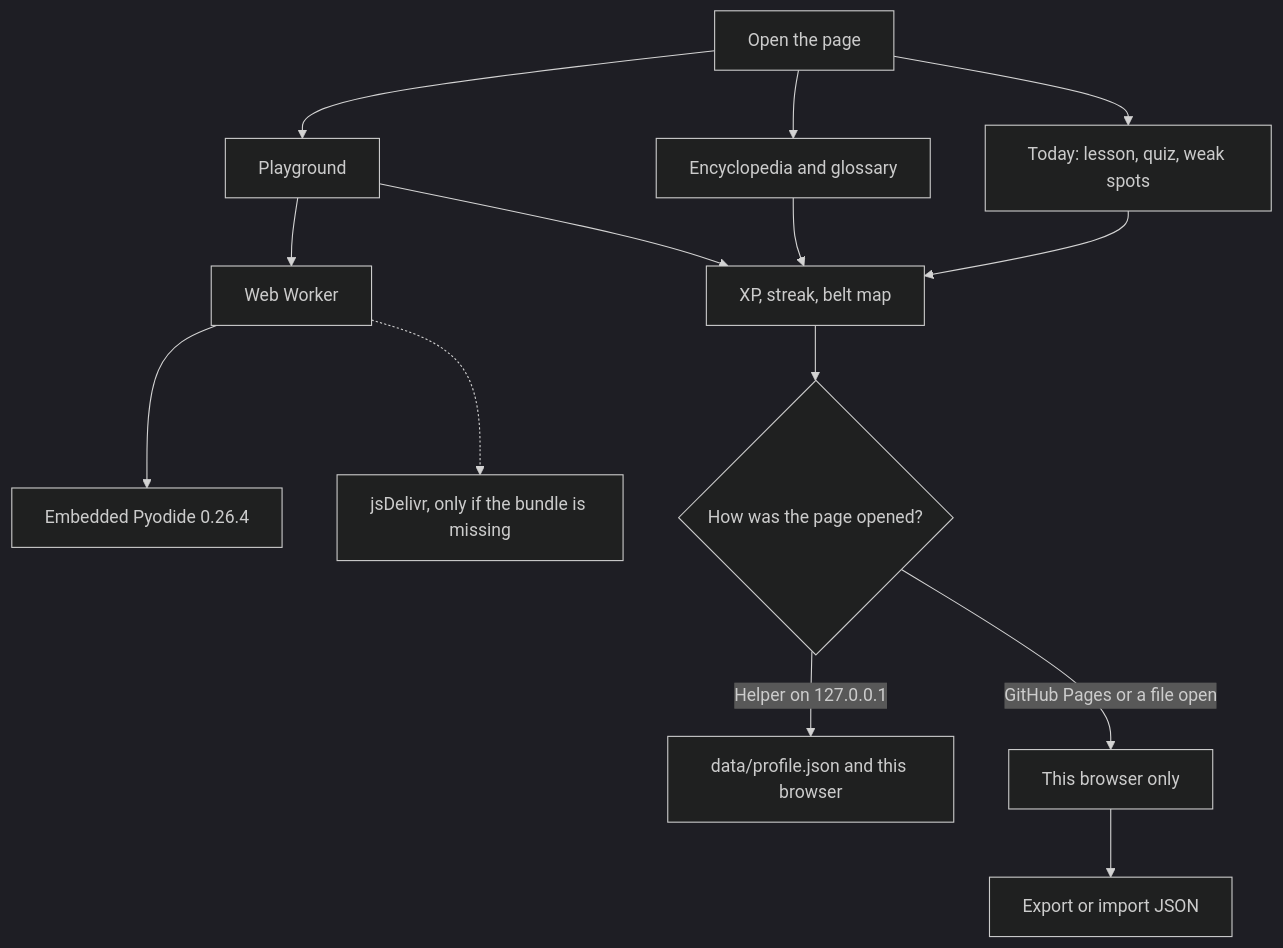
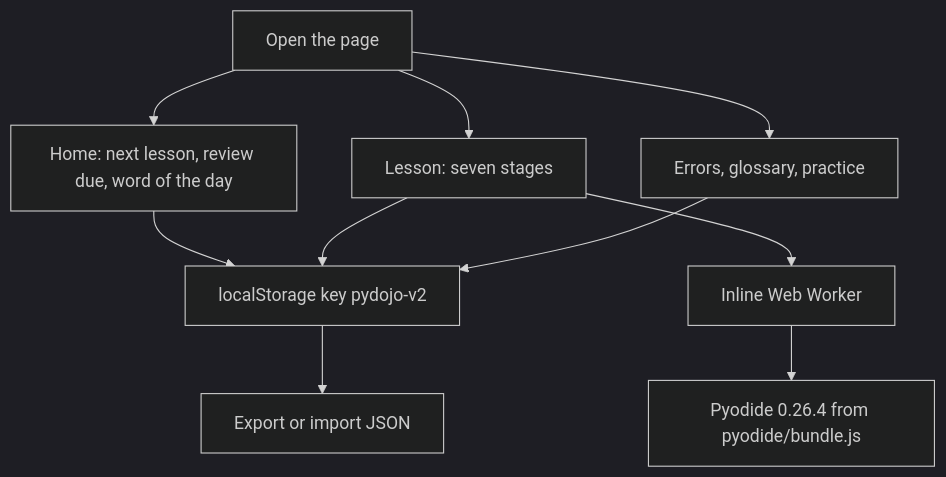
The first of 2 diagrams in README.md (BronXTJ/py-dojo), drawn with Mermaid (dark theme) before and after one commit. The commit also changed other lines of this file and 111 other files, not shown here.

````diff
--- a/README.md
+++ b/README.md
@@ -117,16 +123,12 @@
 ```mermaid
 flowchart TD
-  open["Open the page"] --> today["Today: lesson, quiz, weak spots"]
-  open --> play["Playground"]
-  open --> ref["Encyclopedia and glossary"]
-  play --> worker["Web Worker"]
-  worker --> local["Embedded Pyodide 0.26.4"]
-  worker -.-> cdn["jsDelivr, only if the bundle is missing"]
-  today --> xp["XP, streak, belt map"]
-  ref --> xp
-  play --> xp
-  xp --> where{"How was the page opened?"}
-  where -->|"Helper on 127.0.0.1"| disk["data/profile.json and this browser"]
-  where -->|"GitHub Pages or a file open"| browser["This browser only"]
-  browser --> move["Export or import JSON"]
+  open["Open the page"] --> home["Home: next lesson, review due, word of the day"]
+  open --> lesson["Lesson: seven stages"]
+  open --> ref["Errors, glossary, practice"]
+  lesson --> worker["Inline Web Worker"]
+  worker --> local["Pyodide 0.26.4 from pyodide/bundle.js"]
+  home --> save["localStorage key pydojo-v2"]
+  lesson --> save
+  ref --> save
+  save --> move["Export or import JSON"]
 ```
````
